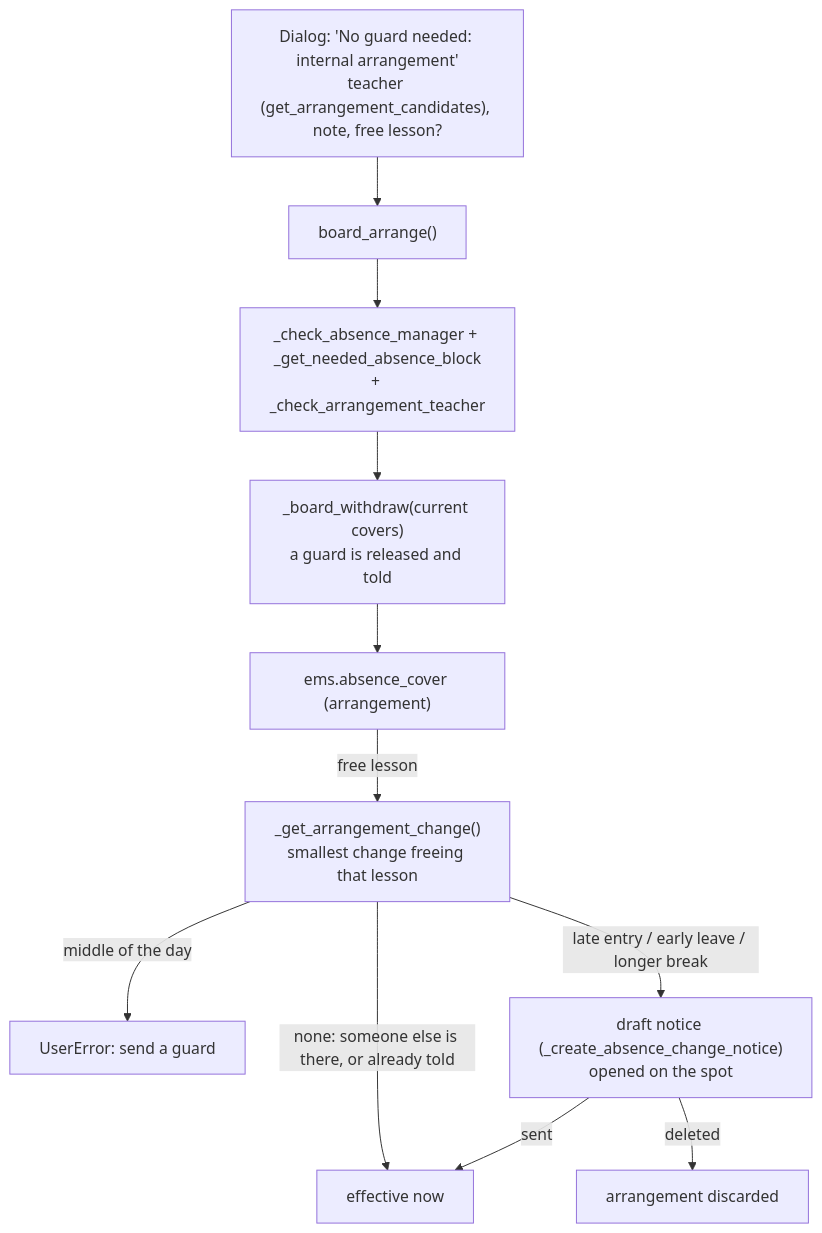
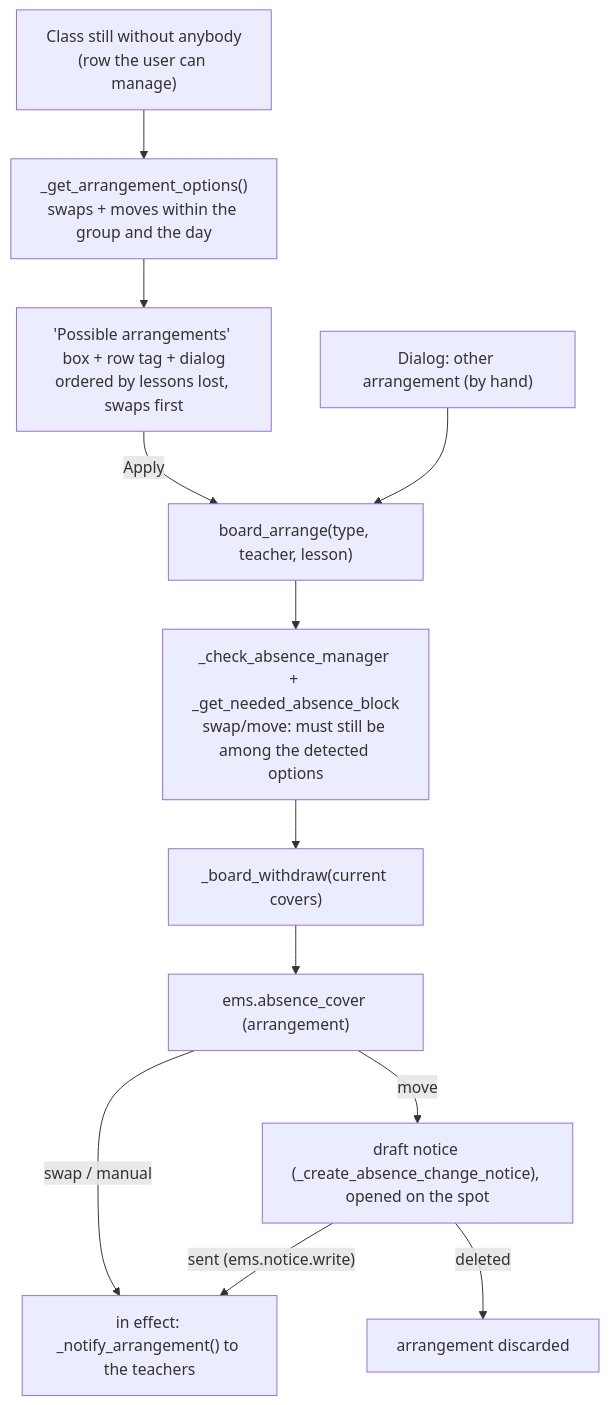
The fifth of 5 diagrams in docs/en/developers/attendance/guard_duty_board.md (ElPuig/EMS), drawn with Mermaid before and after one commit. The commit also changed other lines of this file and 15 other files, not shown here.

First line of the commit message:
Guard duty board: detect and propose internal arrangements (#605)

````diff
--- a/docs/en/developers/attendance/guard_duty_board.md
+++ b/docs/en/developers/attendance/guard_duty_board.md
@@ -803,13 +812,14 @@
 ```mermaid
 flowchart TD
-    D["Dialog: 'No guard needed: internal arrangement'<br/>teacher (get_arrangement_candidates), note, free lesson?"] --> A["board_arrange()"]
-    A --> CHK["_check_absence_manager + _get_needed_absence_block<br/>+ _check_arrangement_teacher"]
-    CHK --> W["_board_withdraw(current covers)<br/>a guard is released and told"]
+    ROW["Class still without anybody<br/>(row the user can manage)"] --> OPT["_get_arrangement_options()<br/>swaps + moves within the group and the day"]
+    OPT --> BOX["'Possible arrangements' box + row tag + dialog<br/>ordered by lessons lost, swaps first"]
+    BOX -->|Apply| A["board_arrange(type, teacher, lesson)"]
+    MAN["Dialog: other arrangement (by hand)"] --> A
+    A --> CHK["_check_absence_manager + _get_needed_absence_block<br/>swap/move: must still be among the detected options"]
+    CHK --> W["_board_withdraw(current covers)"]
     W --> C["ems.absence_cover (arrangement)"]
-    C -->|free lesson| CH["_get_arrangement_change()<br/>smallest change freeing that lesson"]
-    CH -->|"none: someone else is there, or already told"| E["effective now"]
-    CH -->|"middle of the day"| X["UserError: send a guard"]
-    CH -->|"late entry / early leave / longer break"| N["draft notice (_create_absence_change_notice)<br/>opened on the spot"]
-    N -->|sent| E
+    C -->|"swap / manual"| N1["in effect: _notify_arrangement() to the teachers"]
+    C -->|move| N["draft notice (_create_absence_change_notice), opened on the spot"]
+    N -->|"sent (ems.notice.write)"| N1
     N -->|deleted| DEL["arrangement discarded"]
 ```
````
